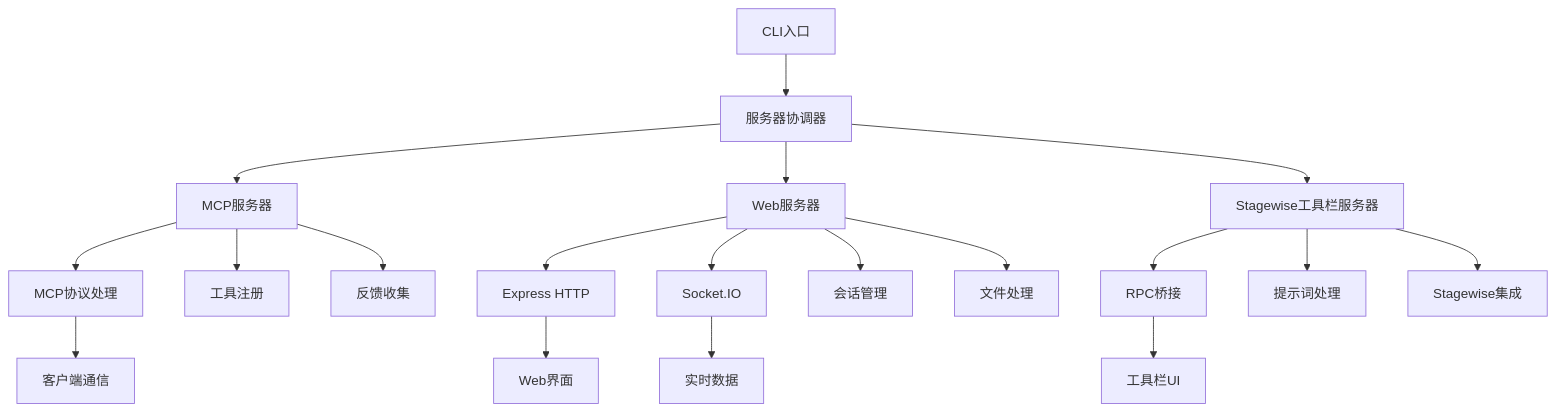
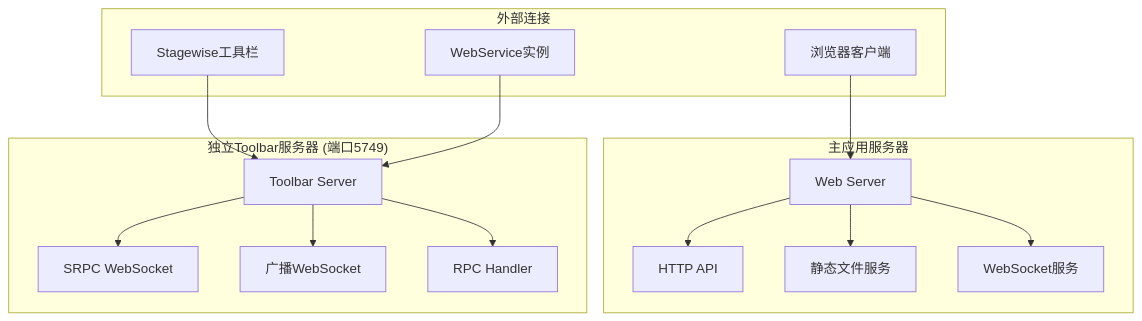
Before and after one commit to Songmengdi/mcp-feedback-collector: the diagram in docs/模块层/后端模块/服务器/index.md, drawn with Mermaid. The commit also changed other lines of this file and 37 other files, not shown here.

````diff
--- a/docs/模块层/后端模块/服务器/index.md
+++ b/docs/模块层/后端模块/服务器/index.md
@@ -87,26 +35,20 @@
 ```mermaid
-graph TD
-    A[CLI入口] --> B[服务器协调器]
+graph TB
+    subgraph "主应用服务器"
+        A[Web Server] --> B[HTTP API]
+        A --> C[静态文件服务]
+        A --> D[WebSocket服务]
+    end
     
-    B --> C[MCP服务器]
-    B --> D[Web服务器]
-    B --> E[Stagewise工具栏服务器]
+    subgraph "独立Toolbar服务器 (端口5749)"
+        E[Toolbar Server] --> F[SRPC WebSocket]
+        E --> G[广播WebSocket]
+        E --> H[RPC Handler]
+    end
     
-    C --> F[MCP协议处理]
-    C --> G[工具注册]
-    C --> H[反馈收集]
-    
-    D --> I[Express HTTP]
-    D --> J[Socket.IO]
-    D --> K[会话管理]
-    D --> L[文件处理]
-    
-    E --> M[RPC桥接]
-    E --> N[提示词处理]
-    E --> O[Stagewise集成]
-    
-    F --> P[客户端通信]
-    I --> Q[Web界面]
-    J --> R[实时数据]
-    M --> S[工具栏UI]
+    subgraph "外部连接"
+        I[浏览器客户端] --> A
+        J[Stagewise工具栏] --> E
+        K[WebService实例] --> E
+    end
 ```
````
